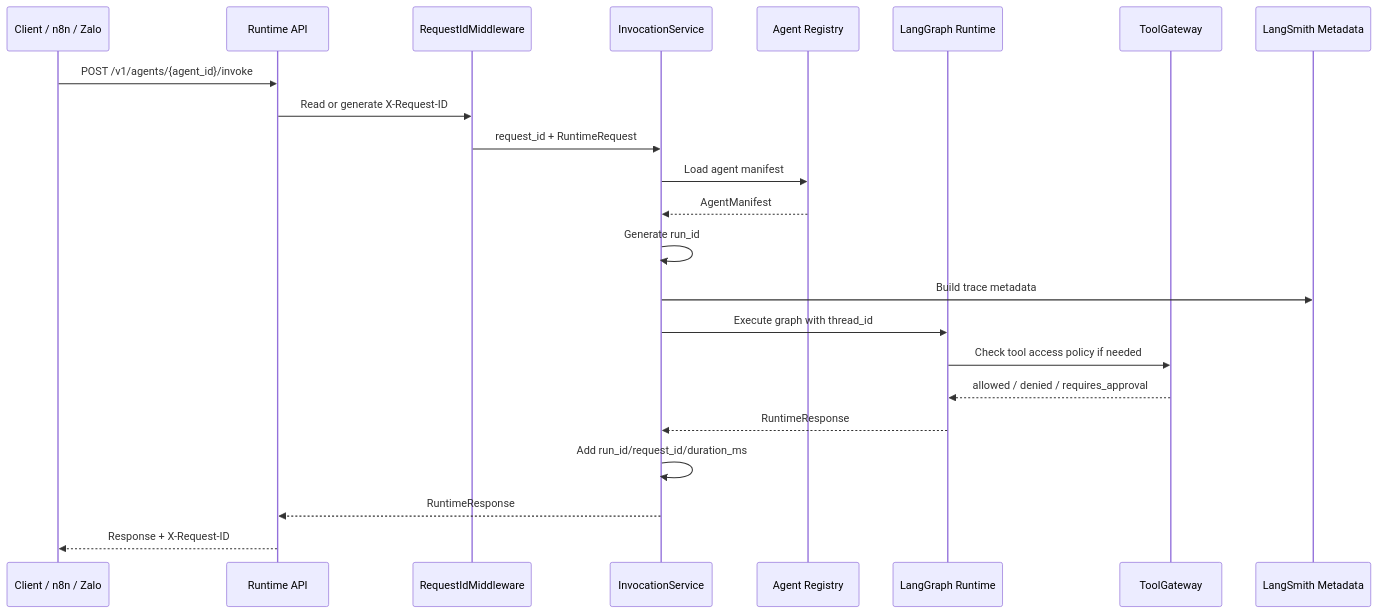
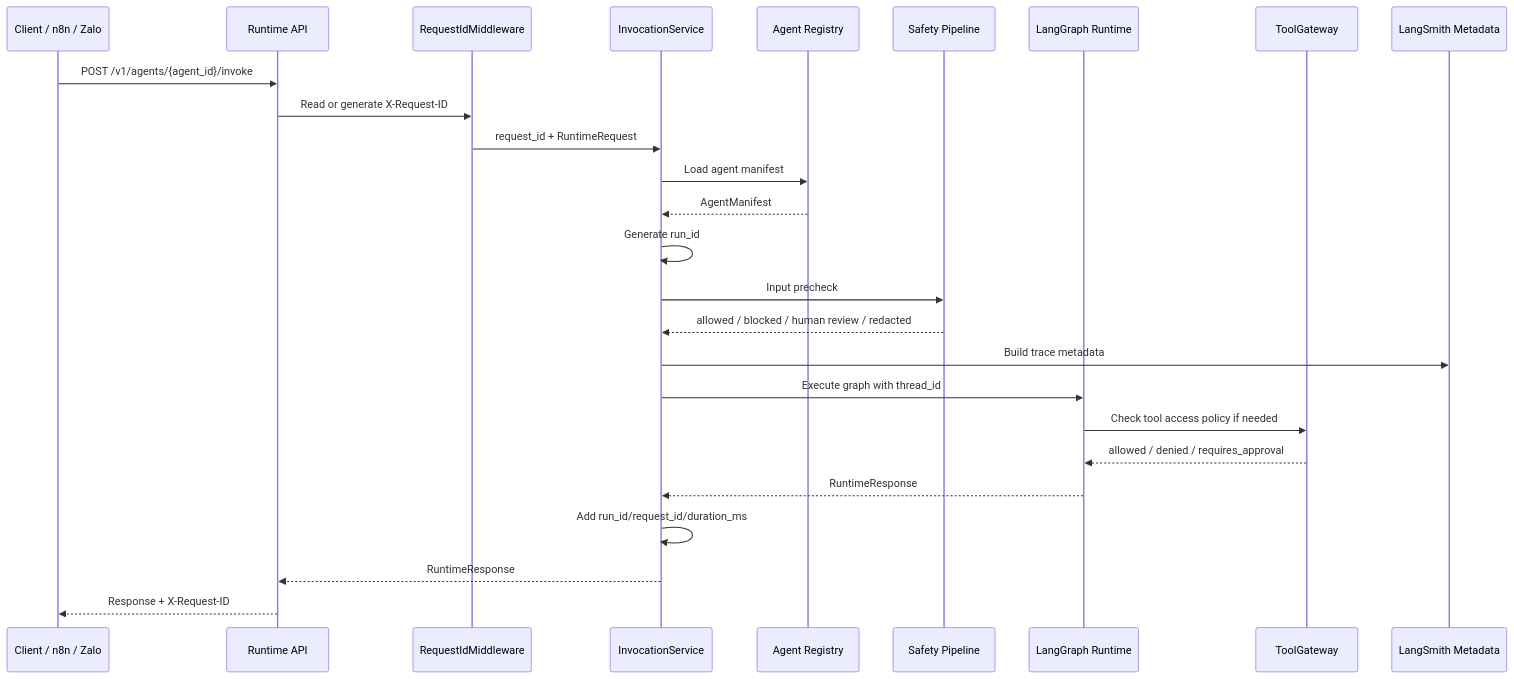
The second of 3 diagrams in docs/architecture/overview.md (Tenaity/ai-agent-platform), drawn with Mermaid before and after one commit. The commit also changed other lines of this file and 14 other files, not shown here.

Commit message:
Introduce a domain-neutral safety pipeline skeleton before adding real LLM calls, RAG, memory, or production tool integrations.

````diff
--- a/docs/architecture/overview.md
+++ b/docs/architecture/overview.md
@@ -69,26 +77,29 @@
 ```mermaid
 sequenceDiagram
     participant Client as Client / n8n / Zalo
     participant API as Runtime API
     participant MW as RequestIdMiddleware
     participant Service as InvocationService
     participant Registry as Agent Registry
+    participant Safety as Safety Pipeline
     participant Graph as LangGraph Runtime
     participant Gateway as ToolGateway
     participant LS as LangSmith Metadata
 
     Client->>API: POST /v1/agents/{agent_id}/invoke
     API->>MW: Read or generate X-Request-ID
     MW->>Service: request_id + RuntimeRequest
     Service->>Registry: Load agent manifest
     Registry-->>Service: AgentManifest
     Service->>Service: Generate run_id
+    Service->>Safety: Input precheck
+    Safety-->>Service: allowed / blocked / human review / redacted
     Service->>LS: Build trace metadata
     Service->>Graph: Execute graph with thread_id
     Graph->>Gateway: Check tool access policy if needed
     Gateway-->>Graph: allowed / denied / requires_approval
     Graph-->>Service: RuntimeResponse
     Service->>Service: Add run_id/request_id/duration_ms
     Service-->>API: RuntimeResponse
     API-->>Client: Response + X-Request-ID
 ```
````
